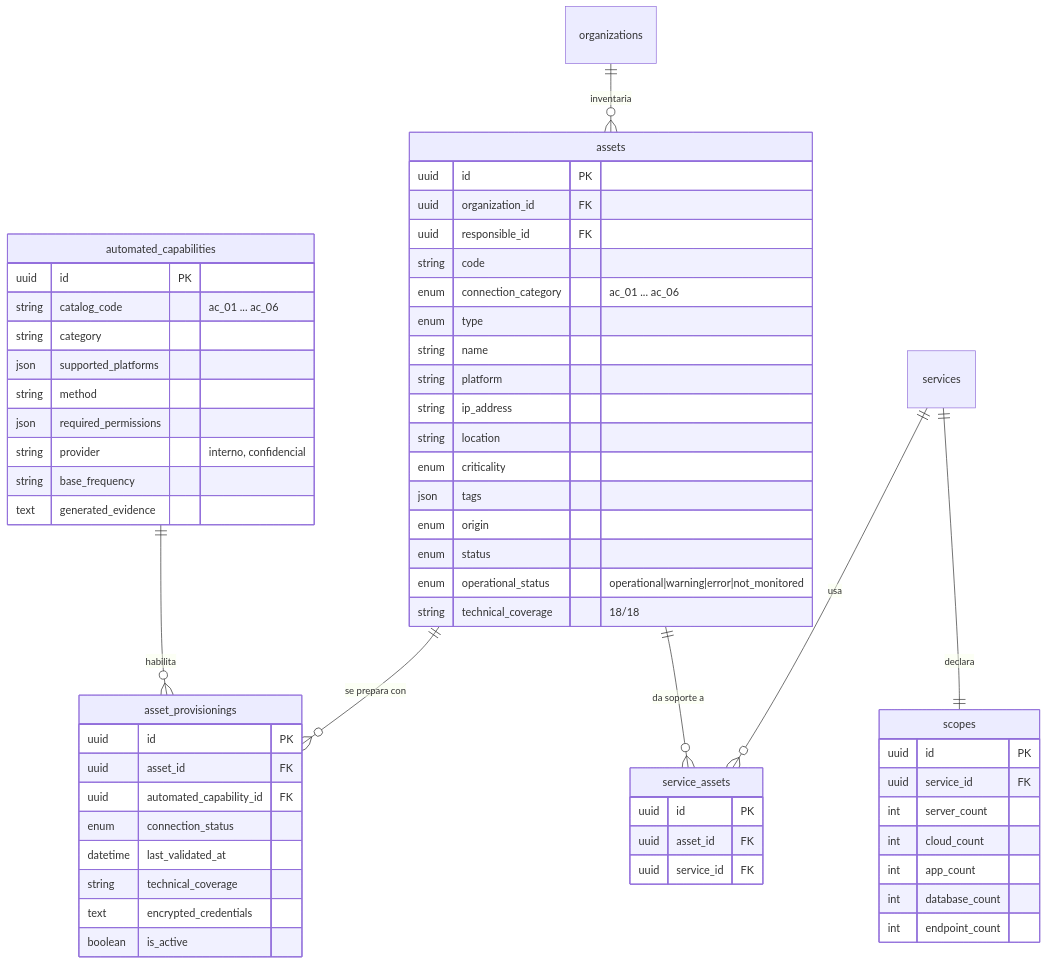
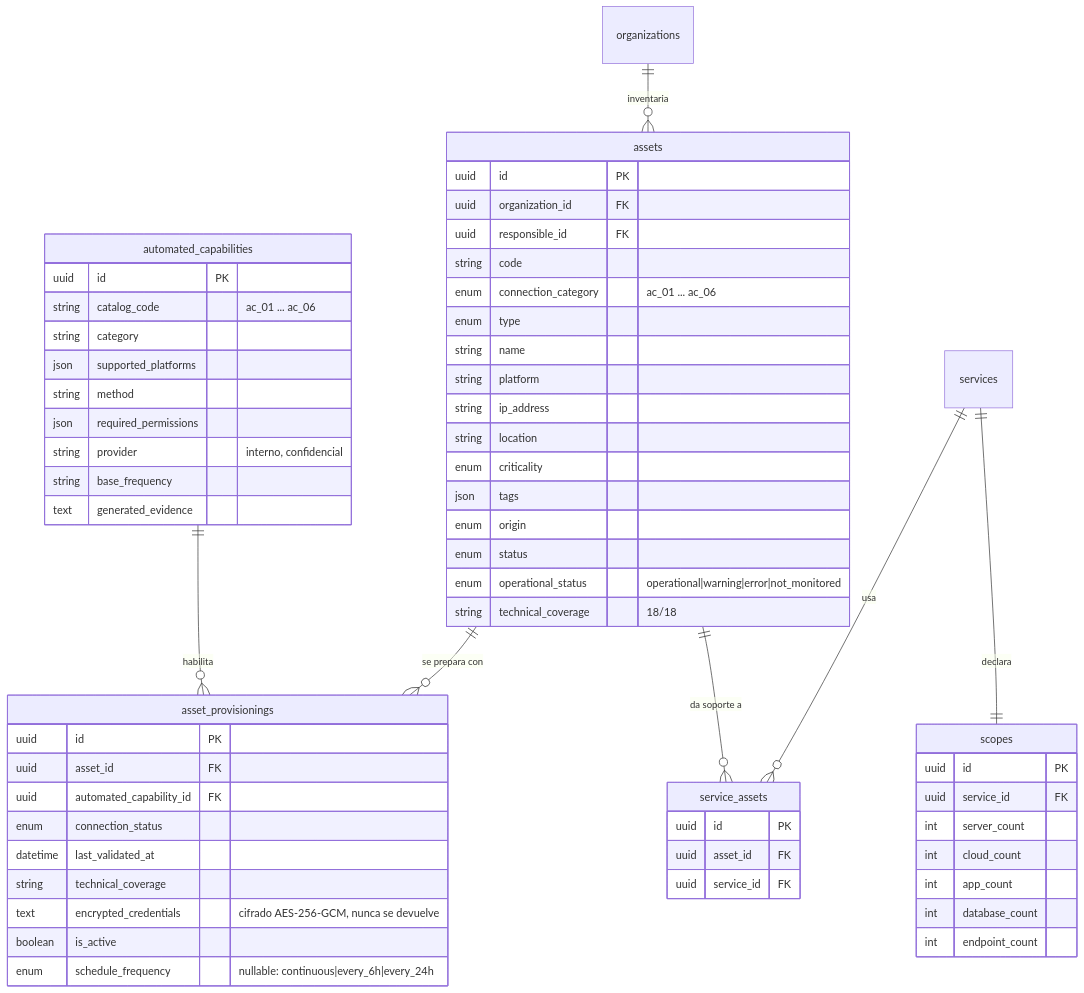
One commit to Monkey-GRC/Monkey-Brain-IA changed the tenth of 16 diagrams in skills/product/monkey-compliance-council/references/modelo-datos.md. Above: the diagram before and after it, drawn with Mermaid. The commit also changed other lines of this file and 9 other files, not shown here.

````diff
--- a/skills/product/monkey-compliance-council/references/modelo-datos.md
+++ b/skills/product/monkey-compliance-council/references/modelo-datos.md
@@ -1239,62 +1239,63 @@
 ```mermaid
 erDiagram
     scopes {
         uuid id PK
         uuid service_id FK
         int server_count
         int cloud_count
         int app_count
         int database_count
         int endpoint_count
     }
     assets {
         uuid id PK
         uuid organization_id FK
         uuid responsible_id FK
         string code
         enum connection_category "ac_01 ... ac_06"
         enum type
         string name
         string platform
         string ip_address
         string location
         enum criticality
         json tags
         enum origin
         enum status
         enum operational_status "operational|warning|error|not_monitored"
         string technical_coverage "18/18"
     }
     service_assets {
         uuid id PK
         uuid asset_id FK
         uuid service_id FK
     }
     automated_capabilities {
         uuid id PK
         string catalog_code "ac_01 ... ac_06"
         string category
         json supported_platforms
         string method
         json required_permissions
         string provider "interno, confidencial"
         string base_frequency
         text generated_evidence
     }
     asset_provisionings {
         uuid id PK
         uuid asset_id FK
         uuid automated_capability_id FK
         enum connection_status
         datetime last_validated_at
         string technical_coverage
-        text encrypted_credentials
+        text encrypted_credentials "cifrado AES-256-GCM, nunca se devuelve"
         boolean is_active
+        enum schedule_frequency "nullable: continuous|every_6h|every_24h"
     }
     services ||--|| scopes : "declara"
     services ||--o{ service_assets : "usa"
     assets ||--o{ service_assets : "da soporte a"
     organizations ||--o{ assets : "inventaria"
     assets ||--o{ asset_provisionings : "se prepara con"
     automated_capabilities ||--o{ asset_provisionings : "habilita"
 ```
````
